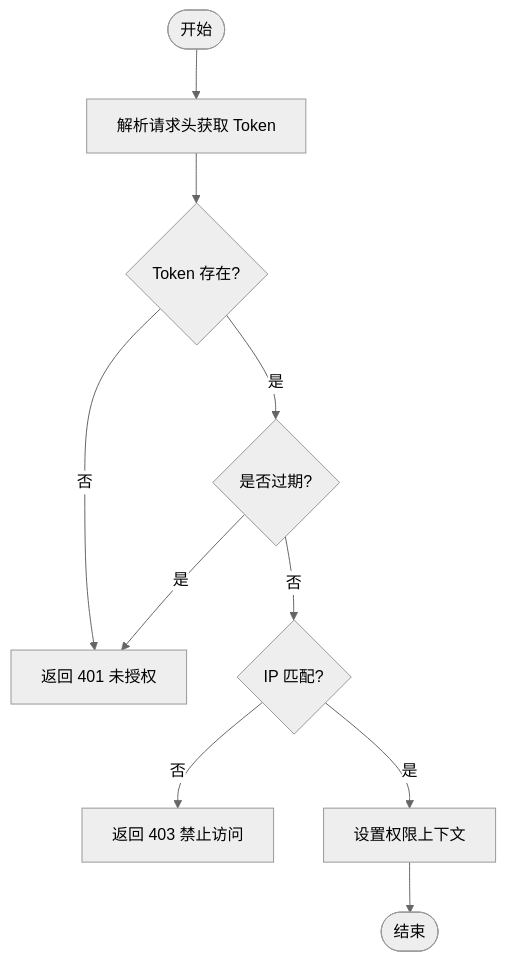
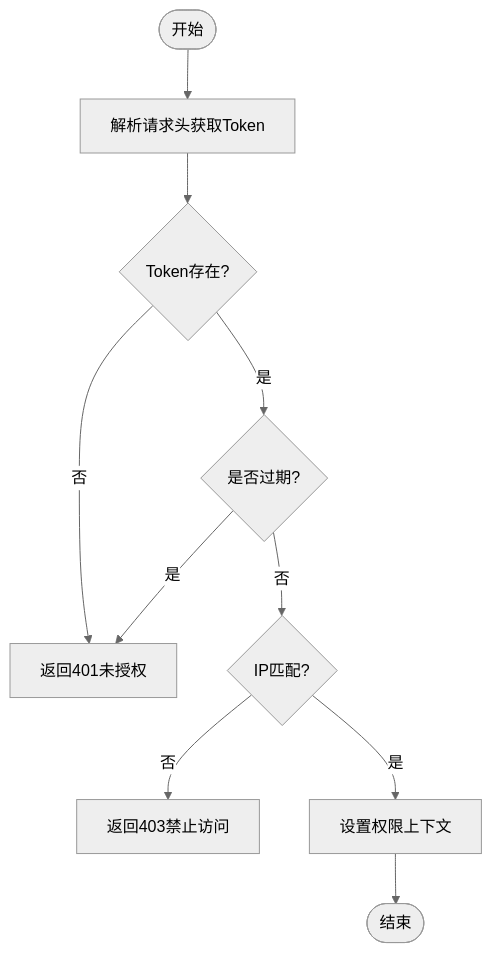
The fourth of 9 diagrams in .qoder/repowiki/zh/content/项目概述/核心功能特性/认证授权系统.md (rookie-wind/web_ai), drawn with Mermaid (neutral theme) before and after one commit. The commit also changed other lines of this file and 117 other files, not shown here.

````diff
--- a/.qoder/repowiki/zh/content/项目概述/核心功能特性/认证授权系统.md
+++ b/.qoder/repowiki/zh/content/项目概述/核心功能特性/认证授权系统.md
@@ -126,12 +217,12 @@
 ```mermaid
 flowchart TD
-Start(["开始"]) --> Parse["解析请求头获取 Token"]
-Parse --> Lookup{"Token 存在?"}
-Lookup --> |否| Err401["返回 401 未授权"]
+Start(["开始"]) --> Parse["解析请求头获取Token"]
+Parse --> Lookup{"Token存在?"}
+Lookup --> |否| Err401["返回401未授权"]
 Lookup --> |是| CheckExpire{"是否过期?"}
 CheckExpire --> |是| Err401
-CheckExpire --> |否| CheckIP{"IP 匹配?"}
-CheckIP --> |否| Err403["返回 403 禁止访问"]
+CheckExpire --> |否| CheckIP{"IP匹配?"}
+CheckIP --> |否| Err403["返回403禁止访问"]
 CheckIP --> |是| SetCtx["设置权限上下文"]
 SetCtx --> End(["结束"])
 ```
````
